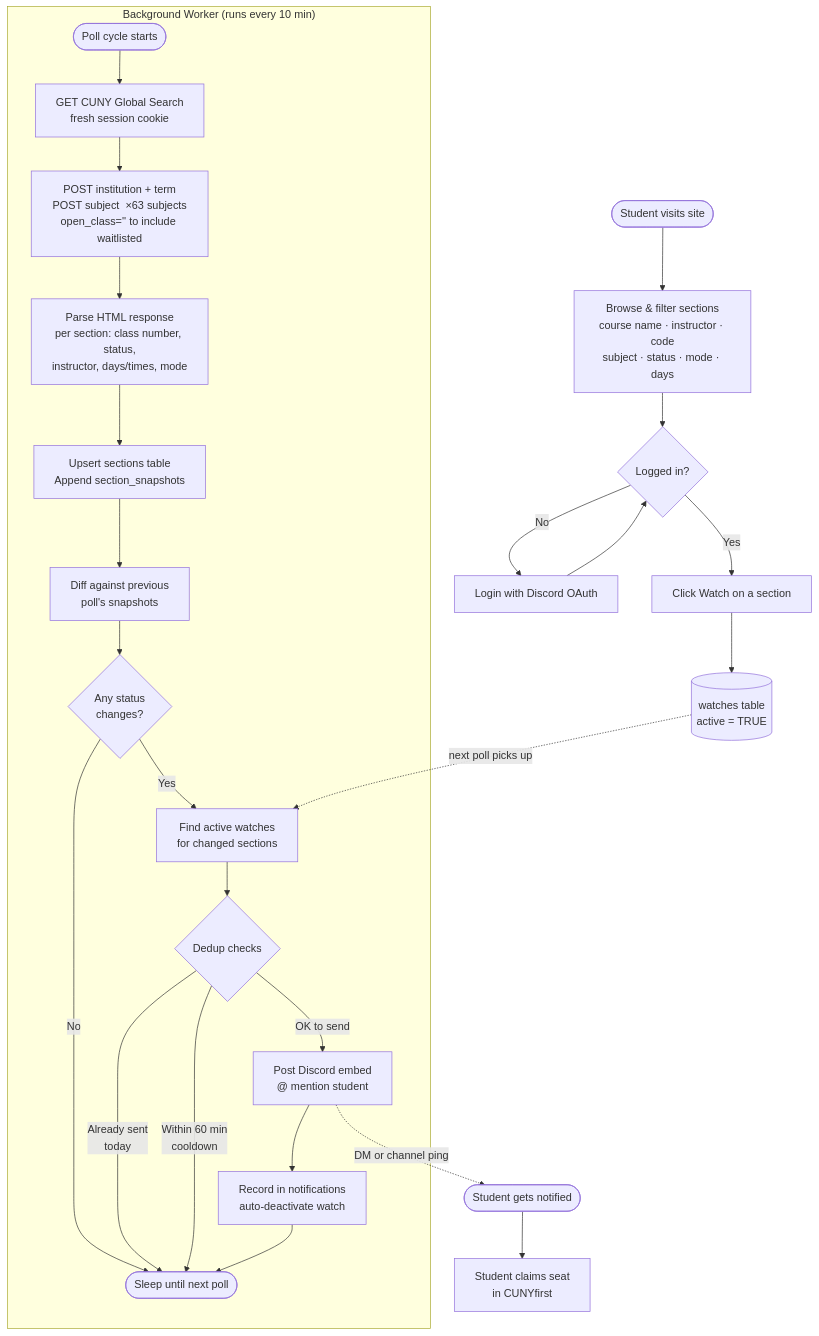
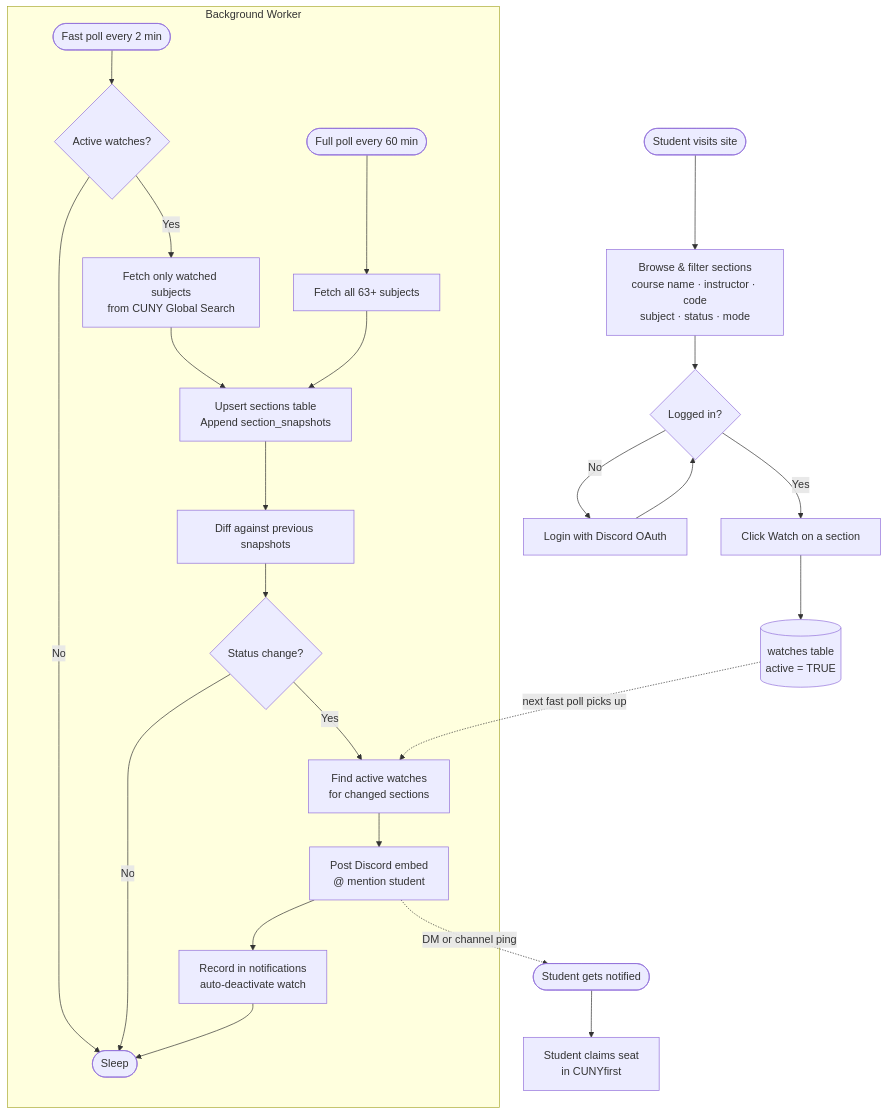
One commit to isop0d/CunyCourseScouter changed the diagram in README.md. Above: the diagram before and after it, drawn with Mermaid. The commit also changed other lines of this file, not shown here.

````diff
--- a/README.md
+++ b/README.md
@@ -9,30 +11,30 @@
 ```mermaid
 flowchart TD
-    A([Student visits site]) --> B[Browse & filter sections\ncourse name · instructor · code\nsubject · status · mode · days]
+    A([Student visits site]) --> B[Browse & filter sections\ncourse name · instructor · code\nsubject · status · mode]
     B --> C{Logged in?}
     C -- No --> D[Login with Discord OAuth]
     D --> C
     C -- Yes --> E[Click Watch on a section]
     E --> F[(watches table\nactive = TRUE)]
 
-    subgraph Worker ["Background Worker  (runs every 10 min)"]
-        G([Poll cycle starts]) --> H[GET CUNY Global Search\nfresh session cookie]
-        H --> I[POST institution + term\nPOST subject  ×63 subjects\nopen_class='' to include waitlisted]
-        I --> J[Parse HTML response\nper section: class number, status,\ninstructor, days/times, mode]
-        J --> K[Upsert sections table\nAppend section_snapshots]
-        K --> L[Diff against previous\npoll's snapshots]
-        L --> M{Any status\nchanges?}
-        M -- No --> N([Sleep until next poll])
-        M -- Yes --> O[Find active watches\nfor changed sections]
-        O --> P{Dedup checks}
-        P -- Already sent\ntoday --> N
-        P -- Within 60 min\ncooldown --> N
-        P -- OK to send --> Q[Post Discord embed\n@ mention student]
-        Q --> R[Record in notifications\nauto-deactivate watch]
-        R --> N
+    subgraph Worker ["Background Worker"]
+        G([Fast poll every 2 min]) --> H{Active watches?}
+        H -- Yes --> I[Fetch only watched subjects\nfrom CUNY Global Search]
+        H -- No --> J([Sleep])
+        I --> K[Upsert sections table\nAppend section_snapshots]
+        K --> L[Diff against previous snapshots]
+        L --> M{Status change?}
+        M -- No --> J
+        M -- Yes --> N[Find active watches\nfor changed sections]
+        N --> O[Post Discord embed\n@ mention student]
+        O --> P[Record in notifications\nauto-deactivate watch]
+        P --> J
+
+        Q([Full poll every 60 min]) --> R[Fetch all 63+ subjects]
+        R --> K
     end
 
-    F -.->|next poll picks up| O
-    Q -.->|DM or channel ping| S([Student gets notified])
+    F -.->|next fast poll picks up| N
+    O -.->|DM or channel ping| S([Student gets notified])
     S --> T[Student claims seat\nin CUNYfirst]
 ```
````
